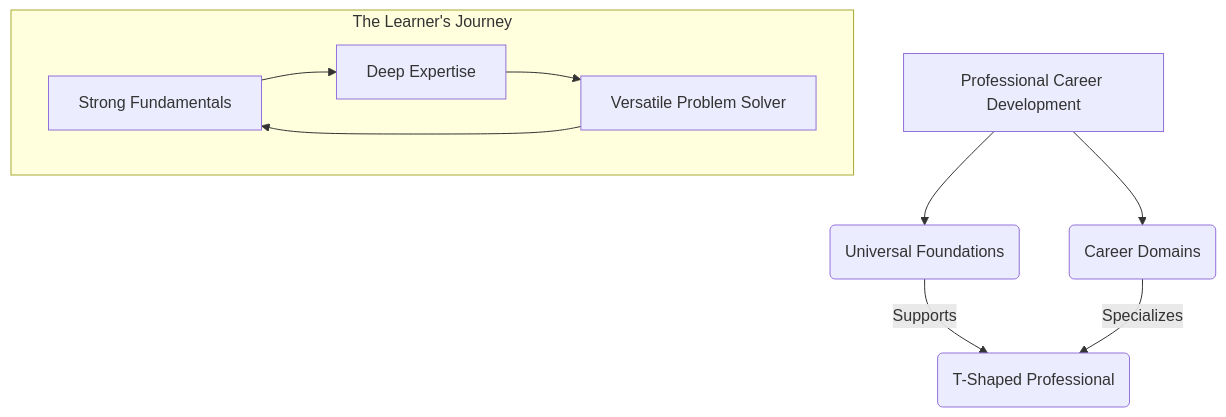
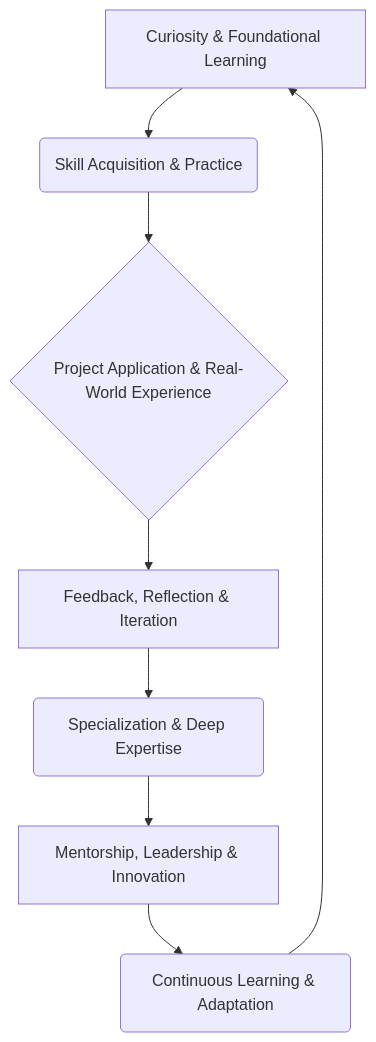
One commit to knowhub-by-ab/knowhub_notes changed the first of 2 diagrams in knowledge/mqcsjhv4on2duq.md. Above: the diagram before and after it, drawn with Mermaid. The commit also changed other lines of this file, not shown here.

Commit message:
docs: update Professional Career Development

````diff
--- a/knowledge/mqcsjhv4on2duq.md
+++ b/knowledge/mqcsjhv4on2duq.md
@@ -71,14 +35,10 @@
 ```mermaid
 graph TD
-    A[Professional Career Development] --> B(Universal Foundations)
-    A --> C(Career Domains)
-
-    B -- Supports --> D(T-Shaped Professional)
-    C -- Specializes --> D
-
-    subgraph The Learner's Journey
-        E[Strong Fundamentals] --> F[Deep Expertise]
-        F --> G[Versatile Problem Solver]
-        G --> E
-    end
+    A[Curiosity & Foundational Learning] --> B(Skill Acquisition & Practice);
+    B --> C{Project Application & Real-World Experience};
+    C --> D[Feedback, Reflection & Iteration];
+    D --> E(Specialization & Deep Expertise);
+    E --> F[Mentorship, Leadership & Innovation];
+    F --> G(Continuous Learning & Adaptation);
+    G --> A;
 ```
````
